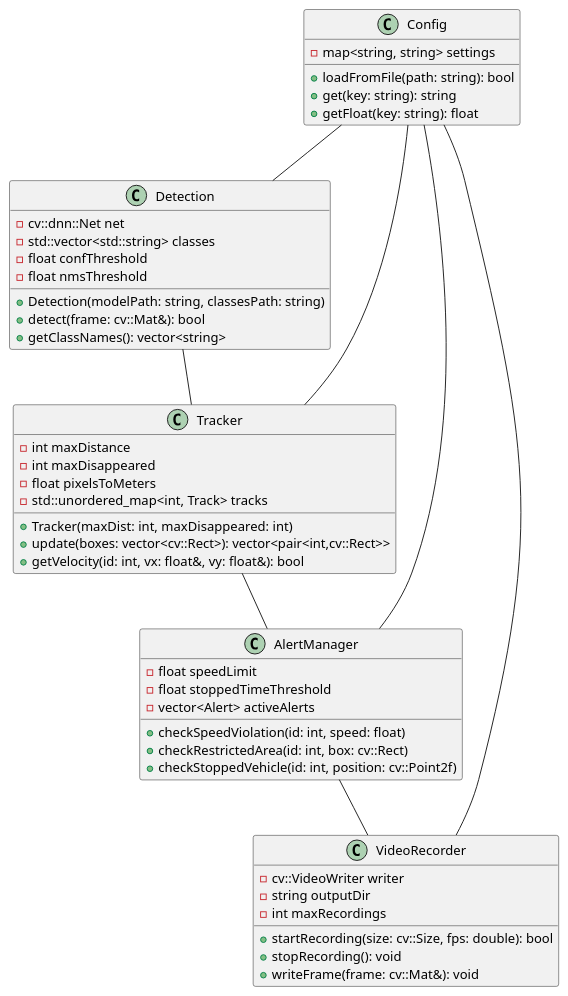
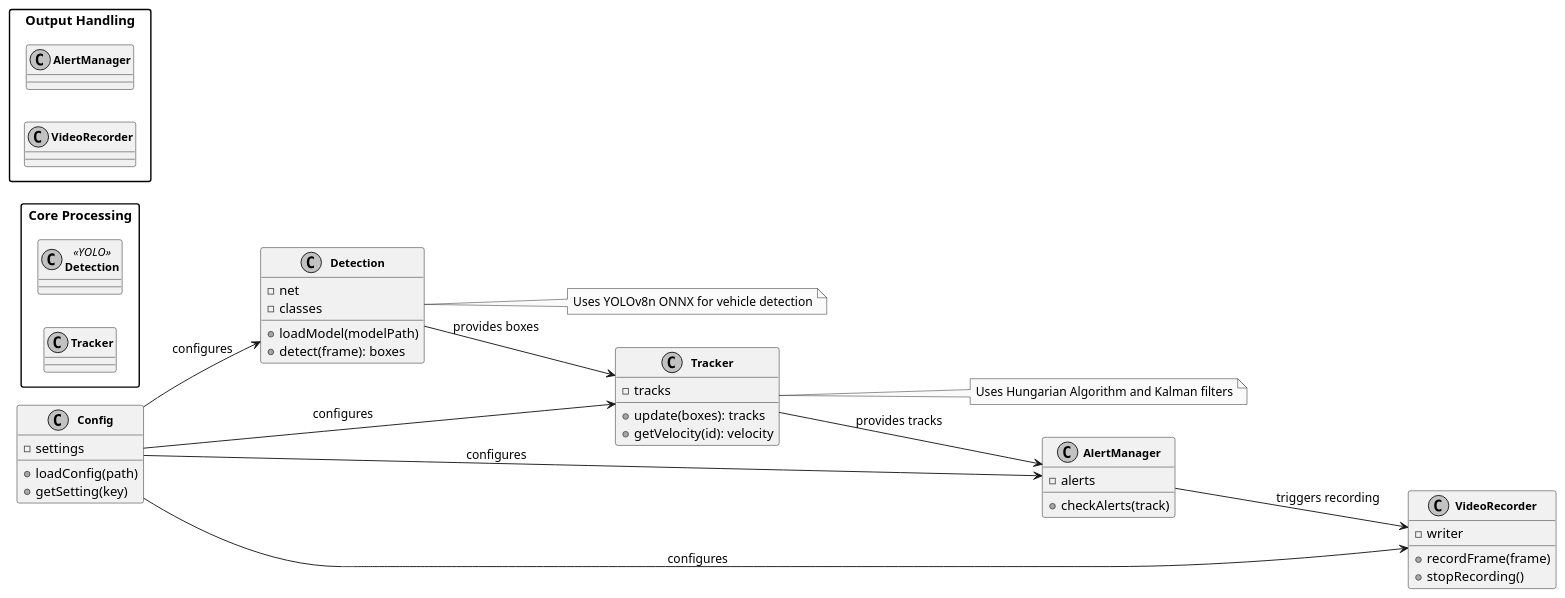
One commit to Harshitkant21/VisionTrack changed the diagram in docs/UML Diagrams/class_diagrams.puml. Above: the diagram before and after it, drawn with PlantUML. The commit also changed 1 other file, not shown here.

```diff
--- a/docs/UML Diagrams/class_diagrams.puml
+++ b/docs/UML Diagrams/class_diagrams.puml
@@ -1,61 +1,72 @@
 @startuml VisionTrack Class Diagram
 
+' Layout and styling
+skinparam monochrome true
+skinparam classFontSize 12
+skinparam classFontStyle bold
+skinparam packageStyle rectangle
+skinparam defaultTextAlignment center
+left to right direction
+
+package "Core Processing" {
+  class Detection <<YOLO>>
+  class Tracker
+}
+
+package "Output Handling" {
+  class AlertManager
+  class VideoRecorder
+}
+
+class Config
+
+' Class definitions
 class Detection {
-  -cv::dnn::Net net
-  -std::vector<std::string> classes
-  -float confThreshold
-  -float nmsThreshold
-  
-  +Detection(modelPath: string, classesPath: string)
-  +detect(frame: cv::Mat&): bool
-  +getClassNames(): vector<string>
+  -net
+  -classes
+  +loadModel(modelPath)
+  +detect(frame): boxes
 }
 
 class Tracker {
-  -int maxDistance
-  -int maxDisappeared
-  -float pixelsToMeters
-  -std::unordered_map<int, Track> tracks
-  
-  +Tracker(maxDist: int, maxDisappeared: int)
-  +update(boxes: vector<cv::Rect>): vector<pair<int,cv::Rect>>
-  +getVelocity(id: int, vx: float&, vy: float&): bool
+  -tracks
+  +update(boxes): tracks
+  +getVelocity(id): velocity
 }
 
 class AlertManager {
-  -float speedLimit
-  -float stoppedTimeThreshold
-  -vector<Alert> activeAlerts
-  
-  +checkSpeedViolation(id: int, speed: float)
-  +checkRestrictedArea(id: int, box: cv::Rect)
-  +checkStoppedVehicle(id: int, position: cv::Point2f)
+  -alerts
+  +checkAlerts(track)
 }
 
 class VideoRecorder {
-  -cv::VideoWriter writer
-  -string outputDir
-  -int maxRecordings
-  
-  +startRecording(size: cv::Size, fps: double): bool
-  +stopRecording(): void
-  +writeFrame(frame: cv::Mat&): void
+  -writer
+  +recordFrame(frame)
+  +stopRecording()
 }
 
 class Config {
-  -map<string, string> settings
-  
-  +loadFromFile(path: string): bool
-  +get(key: string): string
-  +getFloat(key: string): float
+  -settings
+  +loadConfig(path)
+  +getSetting(key)
 }
 
-Detection -- Tracker
-Tracker -- AlertManager
-AlertManager -- VideoRecorder
-Config -- Detection
-Config -- Tracker
-Config -- AlertManager
-Config -- VideoRecorder
+' Relationships
+Detection --> Tracker : provides boxes
+Tracker --> AlertManager : provides tracks
+AlertManager --> VideoRecorder : triggers recording
+Config --> Detection : configures
+Config --> Tracker : configures
+Config --> AlertManager : configures
+Config --> VideoRecorder : configures
+
+' Notes for clarity
+note right of Detection
+  Uses YOLOv8n ONNX for vehicle detection
+end note
+
+note right of Tracker
+  Uses Hungarian Algorithm and Kalman filters
+end note
 
 @enduml
```
